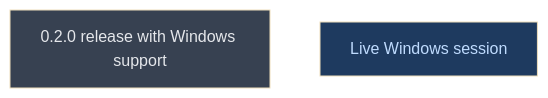
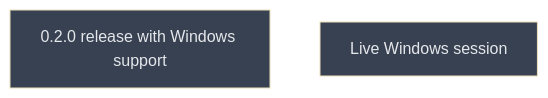
Before and after one commit to CrackingShells/Murmuration: the diagram in __roadmap__/windows_install/next/next/next/next/README.md, drawn with Mermaid (base theme). The commit also changed other lines of this file and 4 other files, not shown here.

````diff
--- a/__roadmap__/windows_install/next/next/next/next/README.md
+++ b/__roadmap__/windows_install/next/next/next/next/README.md
@@ -16,10 +16,10 @@
 ```mermaid
 graph TD
     release[0.2.0 release with Windows support]:::planned
-    next[Live Windows session]:::amendment
+    next[Live Windows session]:::planned
     classDef done       fill:#166534,color:#bbf7d0
     classDef inprogress fill:#854d0e,color:#fef08a
     classDef planned    fill:#374151,color:#e5e7eb
     classDef amendment  fill:#1e3a5f,color:#bfdbfe
     classDef blocked    fill:#7f1d1d,color:#fecaca
 ```
````
